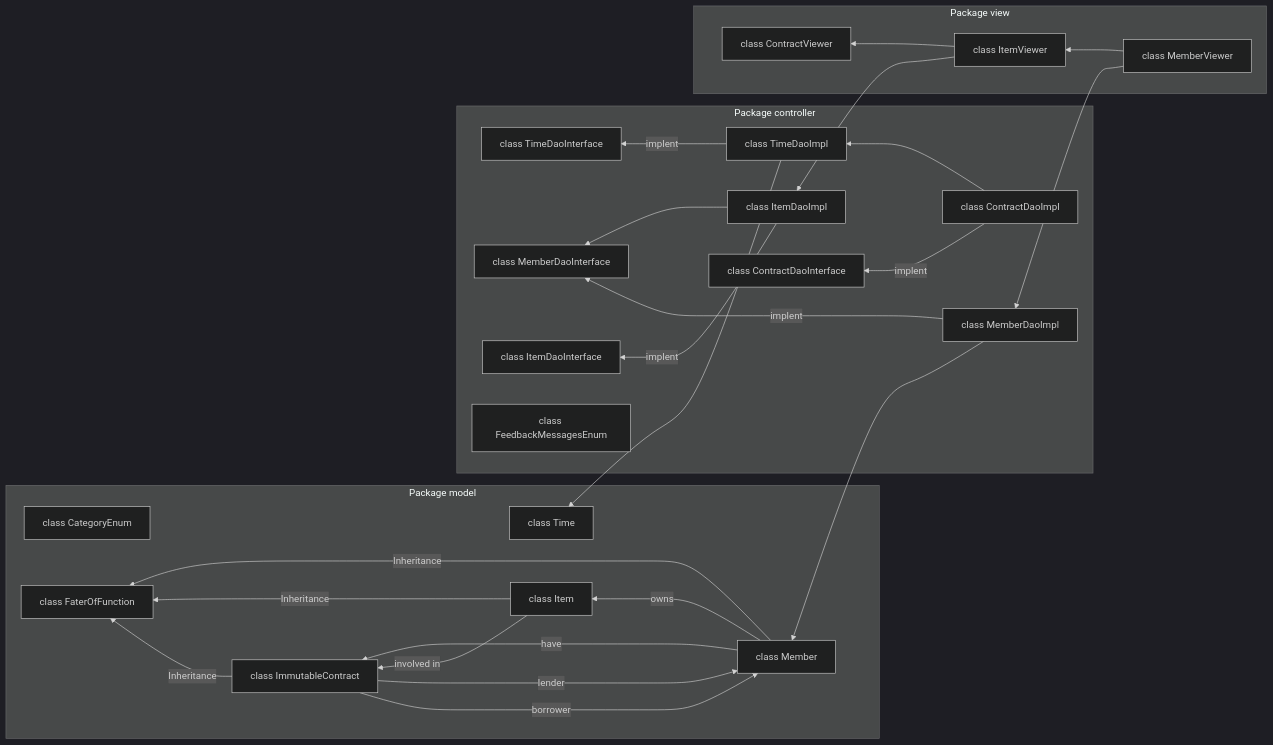
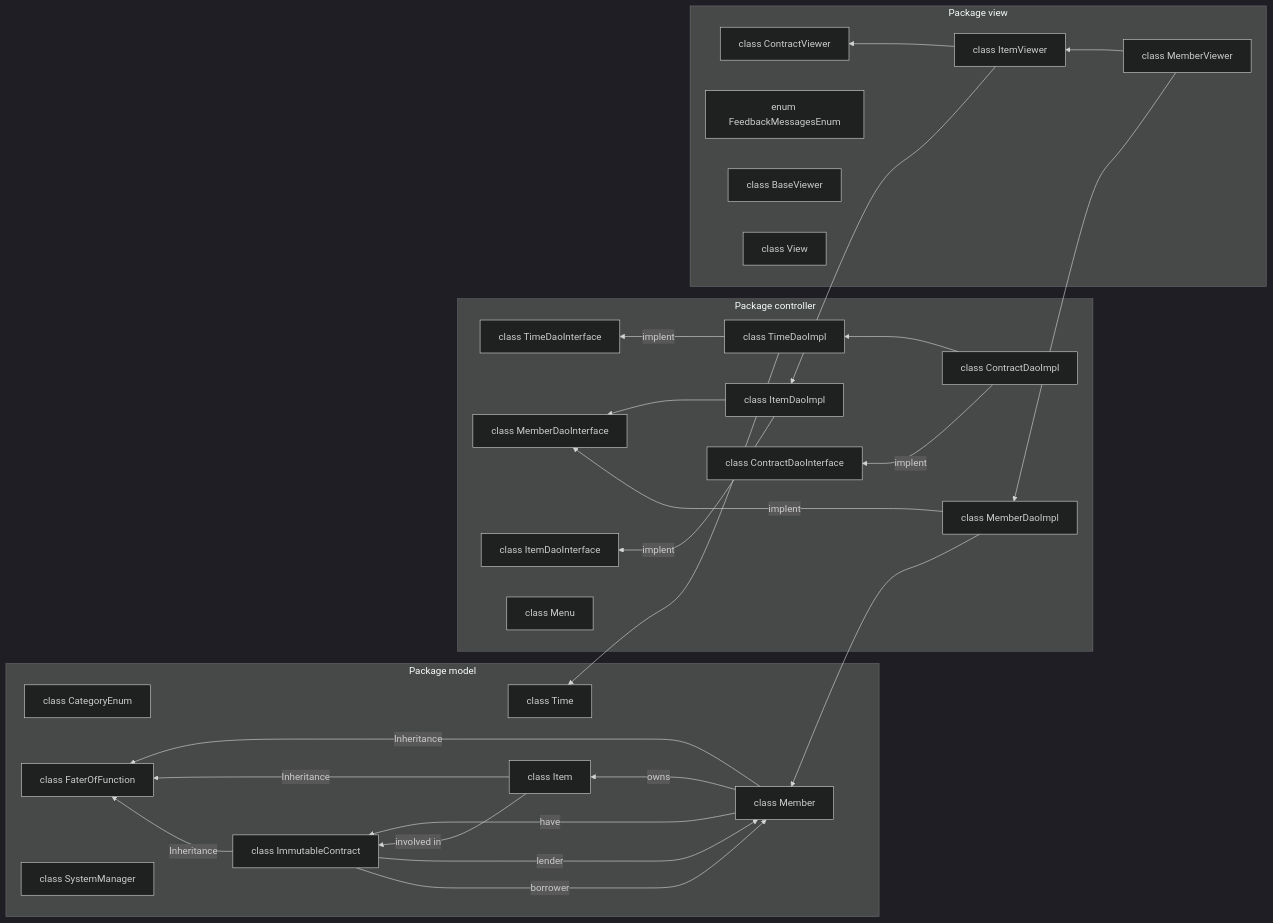
The first of 5 diagrams in design.md (ashkar99/Stuff-Lending-System), drawn with Mermaid (dark theme) before and after one commit. The commit also changed other lines of this file, not shown here.

Commit message:
fixing class diagram

````diff
--- a/design.md
+++ b/design.md
@@ -2,63 +2,67 @@
 ```mermaid
 
 graph RL
     subgraph Package model
     model1[class Time]
     model2[class Member]
     model3[class Item]
     model4[class CategoryEnum]
     model5[class ImmutableContract]
     model6[class FaterOfFunction]
+    model7[class SystemManager ]
 
     end
 
     subgraph Package controller
     controller1[class TimeDaoImpl]  
     controller2[class TimeDaoInterface]      
     controller3[class MemberDaoInterface] 
     controller4[class MemberDaoImpl]     
     controller5[class ItemDaoInterface]  
     controller6[class ItemDaoImpl]       
     controller7[class ContractDaoInterface] 
     controller8[class ContractDaoImpl]
-    controller9[class FeedbackMessagesEnum]
+    controller9[ class Menu]
         
     end
 
     subgraph Package view
     view1[class MemberViewer]
     view2[class ItemViewer]
     view3[class ContractViewer]
+    view4[enum FeedbackMessagesEnum]
+    view5[class BaseViewer]
+    view6[class View]
     
     end
 
     controller6 --> controller3
     controller8 --> controller1
 
 
     model2 --"owns"--> model3 
     model2 --"have"--> model5 
     model3 --"involved in"--> model5 
     model5 --"lender"--> model2 
     model5 --"borrower"--> model2 
 
     
     model2 --"Inheritance"--> model6
     model3 --"Inheritance"--> model6
     model5 --"Inheritance"--> model6
     
     view1 --> view2
     view2 --> view3
 
     controller6 --"implent"--> controller5  
     controller4 --"implent"--> controller3 
     controller8 --"implent"--> controller7  
     controller1 --"implent"--> controller2 
     
 
     controller1 --> model1
     controller4 --> model2
     
     view2 --> controller6
     view1 --> controller4
 ```
````
